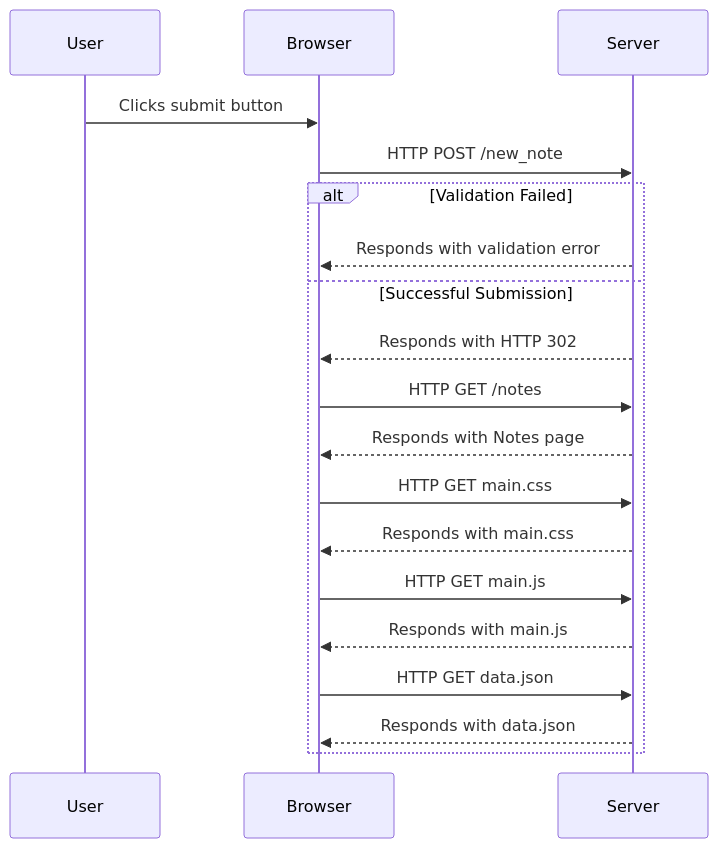
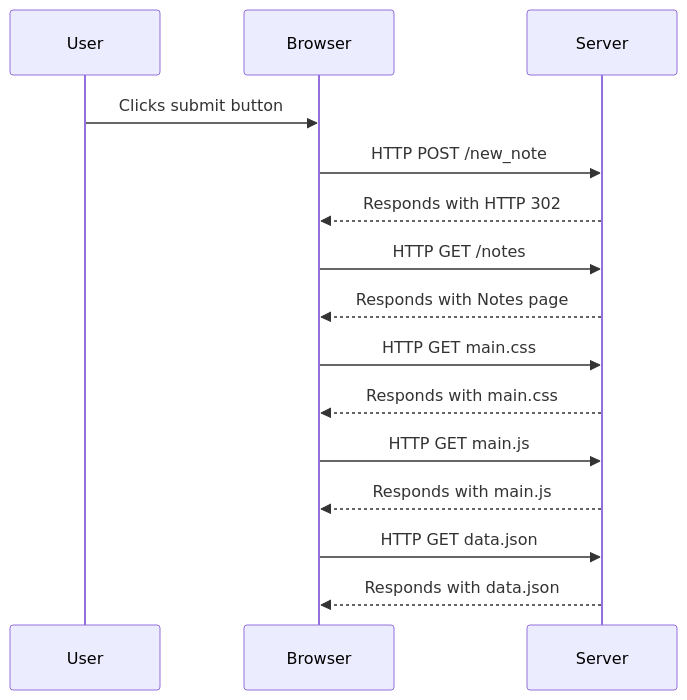
One commit to ZamanS94/UniofHelsinki_FullStackOpen changed the diagram in part0/0.4.mmd. Above: the diagram before and after it, drawn with Mermaid. The commit also changed other lines of this file, not shown here.

```diff
--- a/part0/0.4.mmd
+++ b/part0/0.4.mmd
@@ -1,21 +1,16 @@
 sequenceDiagram
     participant User as User
     participant Browser as Browser
     participant Server as Server
 
     User->>Browser: Clicks submit button
     Browser->>Server: HTTP POST /new_note
-
-    alt Validation Failed
-        Server-->>Browser: Responds with validation error
-    else Successful Submission
-        Server-->>Browser: Responds with HTTP 302
-        Browser->>Server: HTTP GET /notes
-        Server-->>Browser: Responds with Notes page
-        Browser->>Server: HTTP GET main.css
-        Server-->>Browser: Responds with main.css
-        Browser->>Server: HTTP GET main.js
-        Server-->>Browser: Responds with main.js
-        Browser->>Server: HTTP GET data.json
-        Server-->>Browser: Responds with data.json
-    end
+    Server-->>Browser: Responds with HTTP 302
+    Browser->>Server: HTTP GET /notes
+    Server-->>Browser: Responds with Notes page
+    Browser->>Server: HTTP GET main.css
+    Server-->>Browser: Responds with main.css
+    Browser->>Server: HTTP GET main.js
+    Server-->>Browser: Responds with main.js
+    Browser->>Server: HTTP GET data.json
+    Server-->>Browser: Responds with data.json
```
